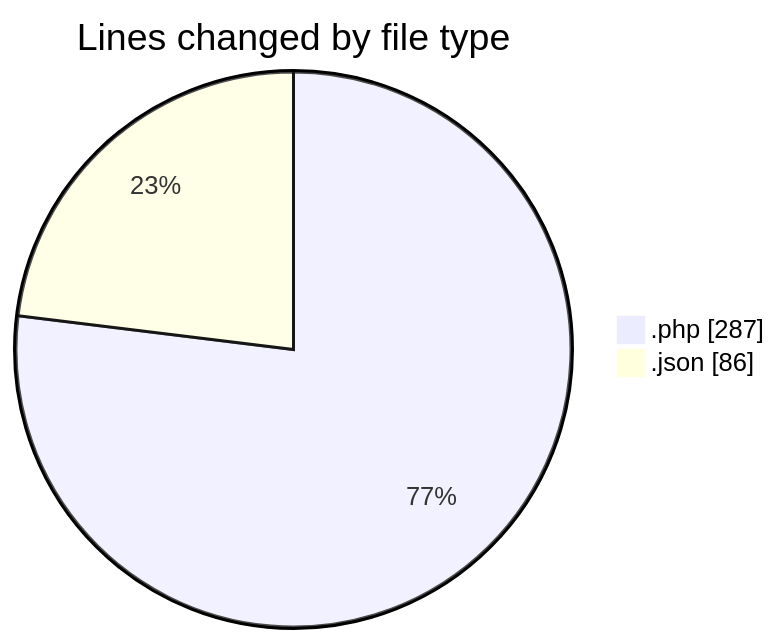
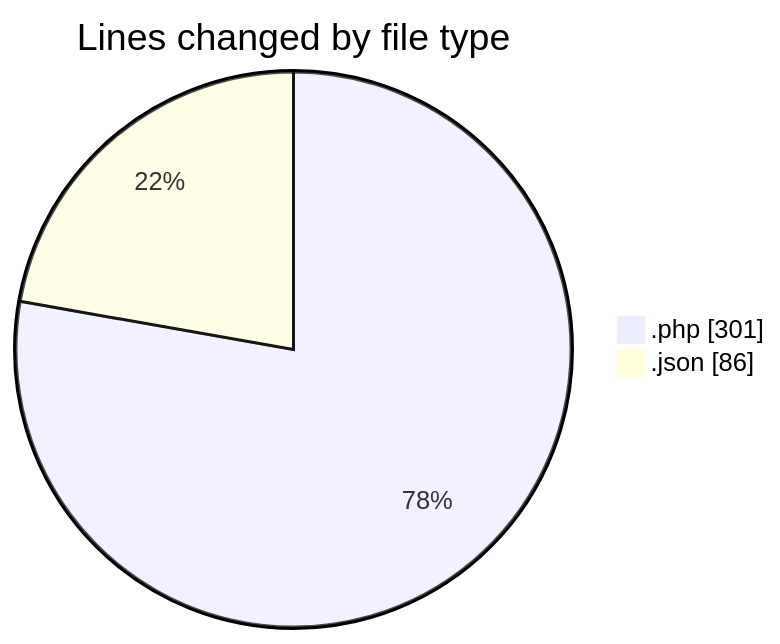
The first of 2 diagrams in 2025-04-11/zeytoon/README.md (vahidmafi/code-tracking), drawn with Mermaid before and after one commit. The commit also changed other lines of this file and 1 other file, not shown here.

````diff
--- a/2025-04-11/zeytoon/README.md
+++ b/2025-04-11/zeytoon/README.md
@@ -23,6 +23,6 @@
 ```mermaid
 pie showData
 title Lines changed by file type
-".php" : 287
+".php" : 301
 ".json" : 86
 ```
````
